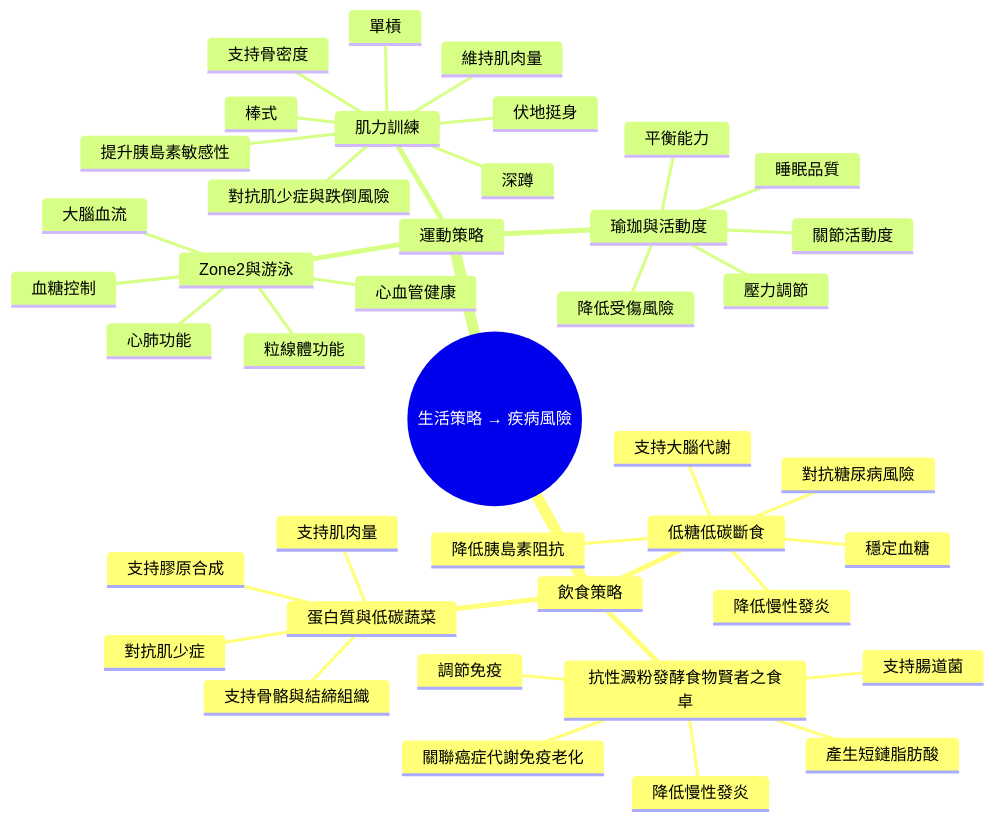
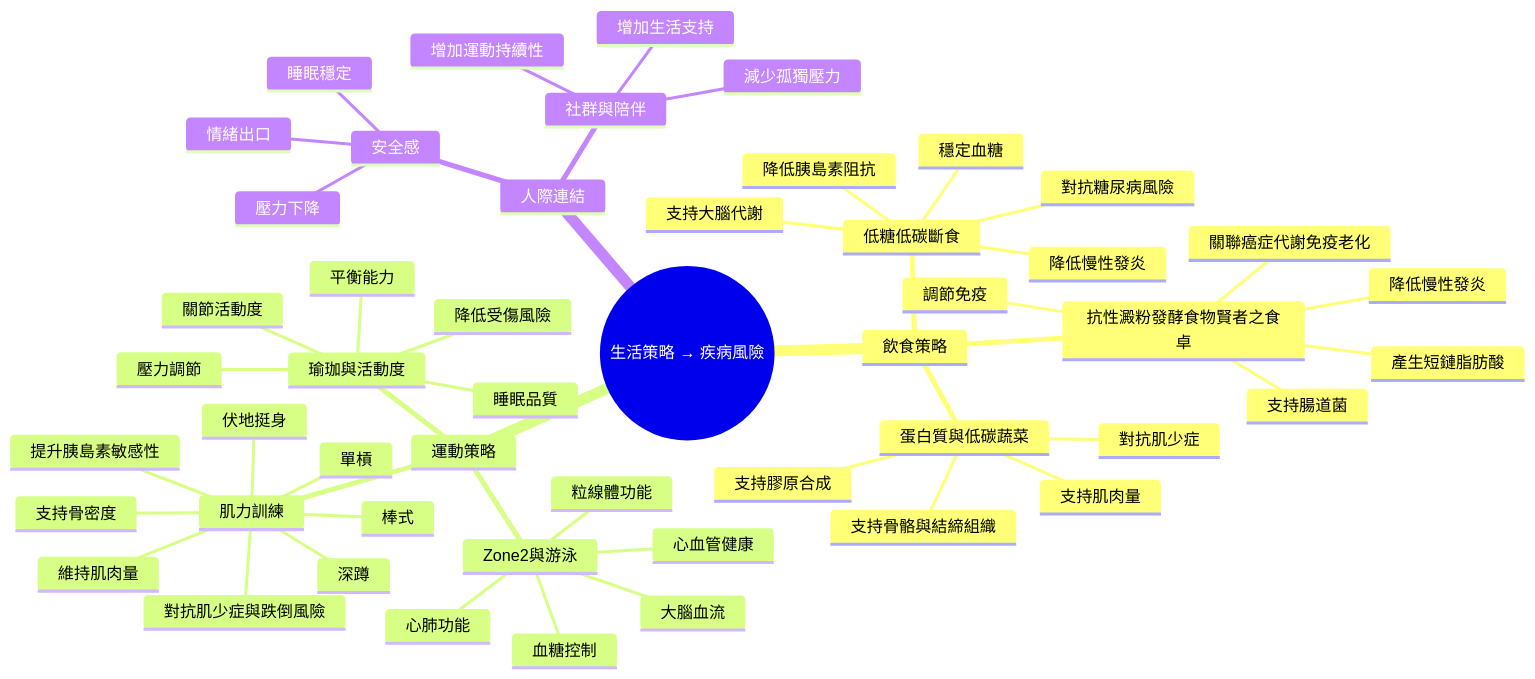
The second of 3 diagrams in mindmap.md (WangChengYeh/150-year-old), drawn with Mermaid before and after one commit. The commit also changed other lines of this file, not shown here.

Commit message:
Sync mindmap with new life science structure and connection

````diff
--- a/mindmap.md
+++ b/mindmap.md
@@ -135,44 +135,53 @@
 ```mermaid
 mindmap
   root((生活策略 → 疾病風險))
     飲食策略
       低糖低碳斷食
         穩定血糖
         降低胰島素阻抗
         對抗糖尿病風險
         降低慢性發炎
         支持大腦代謝
       抗性澱粉發酵食物賢者之食卓
         支持腸道菌
         產生短鏈脂肪酸
         調節免疫
         降低慢性發炎
         關聯癌症代謝免疫老化
       蛋白質與低碳蔬菜
         支持肌肉量
         支持膠原合成
         支持骨骼與結締組織
         對抗肌少症
     運動策略
       Zone2與游泳
         心肺功能
         粒線體功能
         血糖控制
         心血管健康
         大腦血流
       肌力訓練
         深蹲
         單槓
         伏地挺身
         棒式
         維持肌肉量
         提升胰島素敏感性
         支持骨密度
         對抗肌少症與跌倒風險
       瑜珈與活動度
         壓力調節
         關節活動度
         平衡能力
         睡眠品質
         降低受傷風險
+    人際連結
+      安全感
+        壓力下降
+        睡眠穩定
+        情緒出口
+      社群與陪伴
+        增加運動持續性
+        減少孤獨壓力
+        增加生活支持
 ```
````
